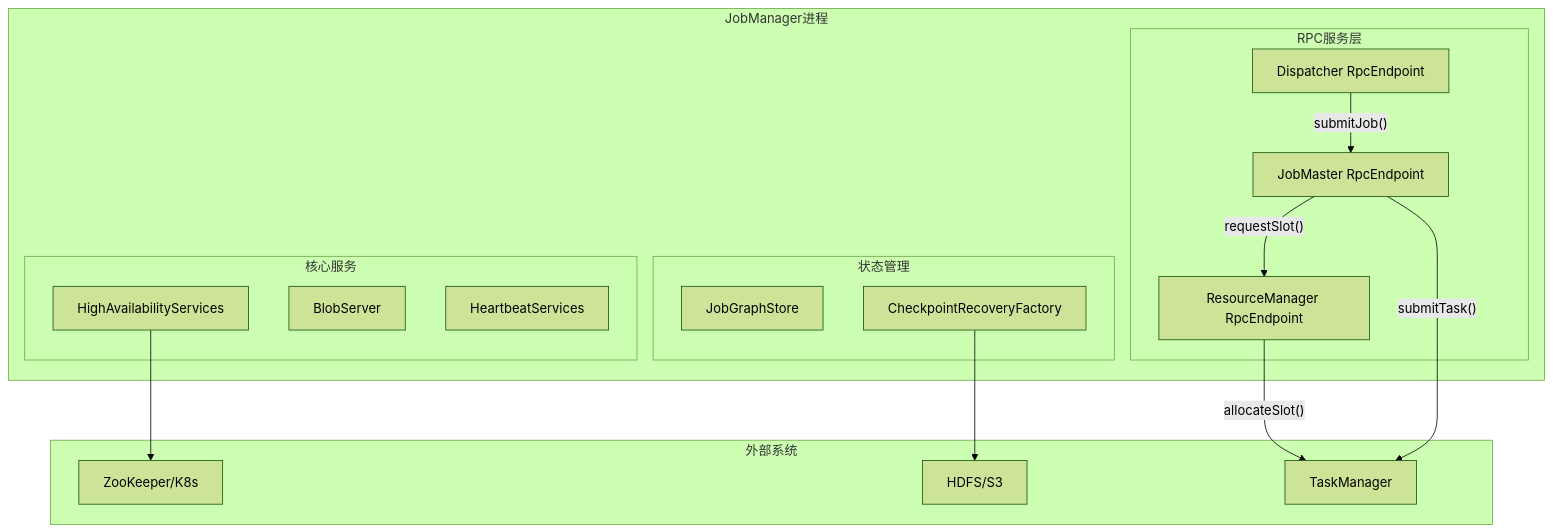
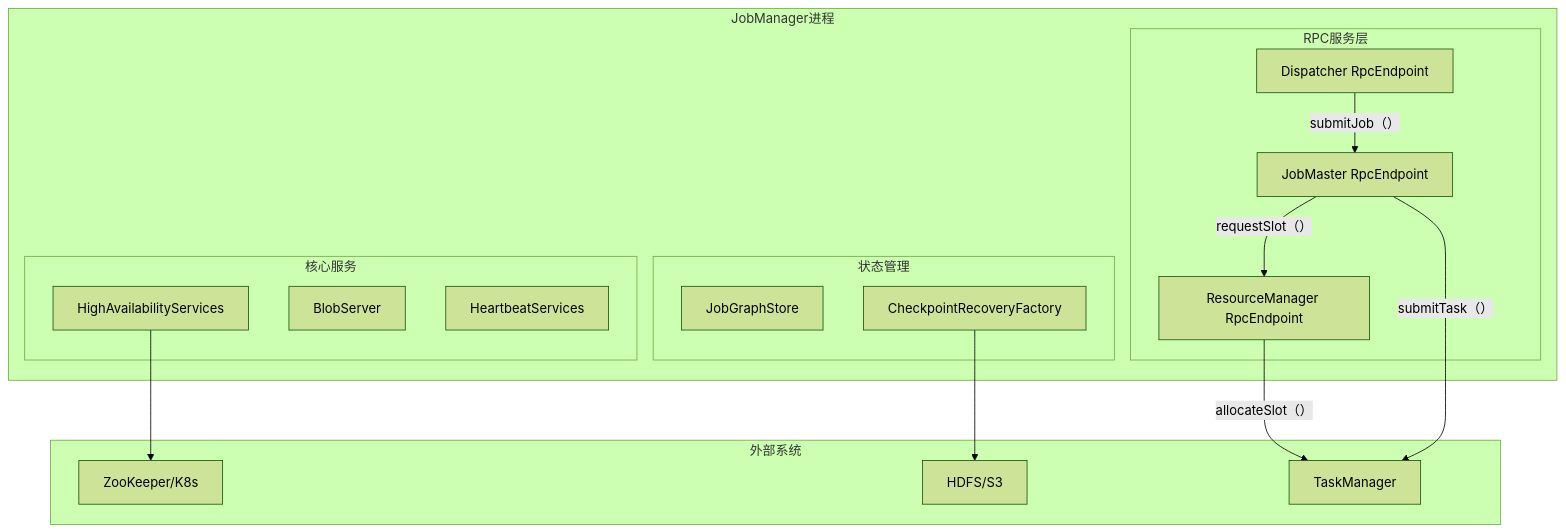
The sixth of 8 diagrams in Flink/10-internals/source-code-reading-guide.md (AdaMartin18010/AnalysisDataFlow), drawn with Mermaid (forest theme) before and after one commit. The commit also changed 253 other files, not shown here.

````diff
--- a/Flink/10-internals/source-code-reading-guide.md
+++ b/Flink/10-internals/source-code-reading-guide.md
@@ -643,34 +643,34 @@
 ```mermaid
 flowchart TB
     subgraph JobManagerProcess["JobManager进程"]
         subgraph RPCService["RPC服务层"]
             DispatcherEndpoint["Dispatcher RpcEndpoint"]
             JMEndpoint["JobMaster RpcEndpoint"]
             RMEndpoint["ResourceManager RpcEndpoint"]
         end
 
         subgraph CoreServices["核心服务"]
             HA[HighAvailabilityServices]
             Blob[BlobServer]
             HS[HeartbeatServices]
         end
 
         subgraph StateManagement["状态管理"]
             JGR[JobGraphStore]
             CKP[CheckpointRecoveryFactory]
         end
     end
 
     subgraph External["外部系统"]
         ZK[ZooKeeper/K8s]
         HDFS[HDFS/S3]
         TM[TaskManager]
     end
 
-    DispatcherEndpoint -->|"submitJob()"| JMEndpoint
-    JMEndpoint -->|"requestSlot()"| RMEndpoint
-    RMEndpoint -->|"allocateSlot()"| TM
-    JMEndpoint -->|"submitTask()"| TM
+    DispatcherEndpoint -->|"submitJob（）"| JMEndpoint
+    JMEndpoint -->|"requestSlot（）"| RMEndpoint
+    RMEndpoint -->|"allocateSlot（）"| TM
+    JMEndpoint -->|"submitTask（）"| TM
     HA --> ZK
     CKP --> HDFS
 ```
````
